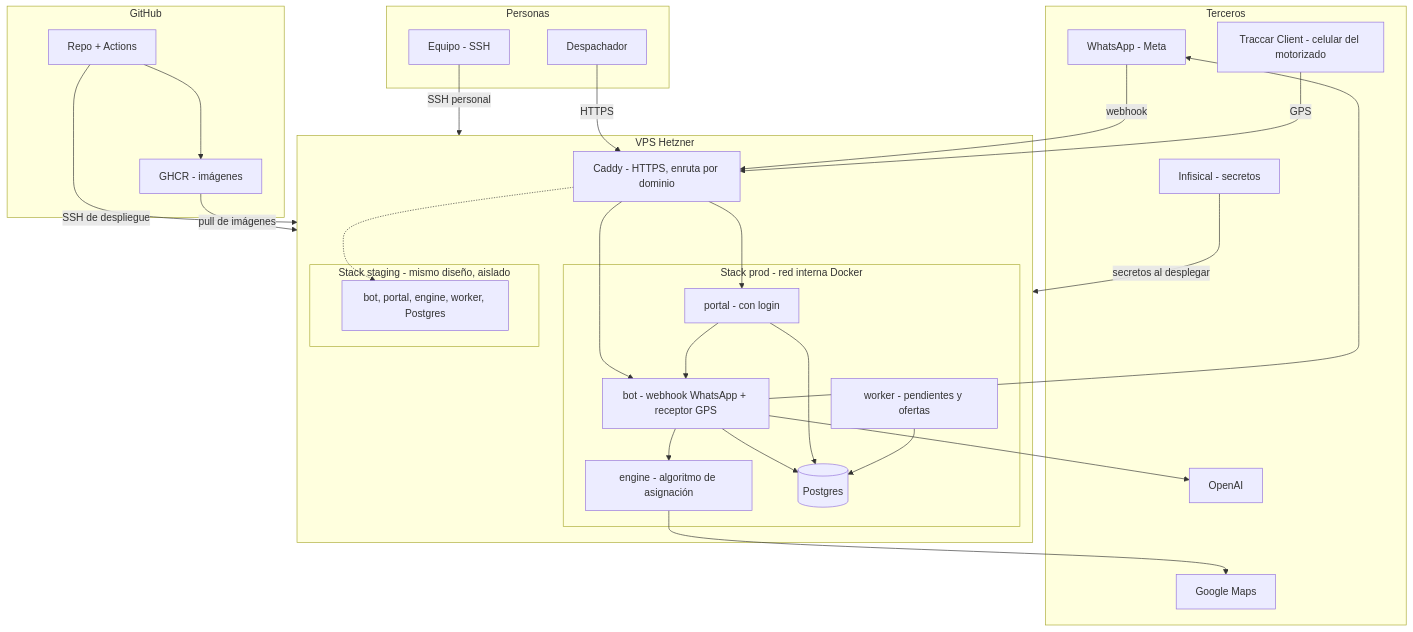
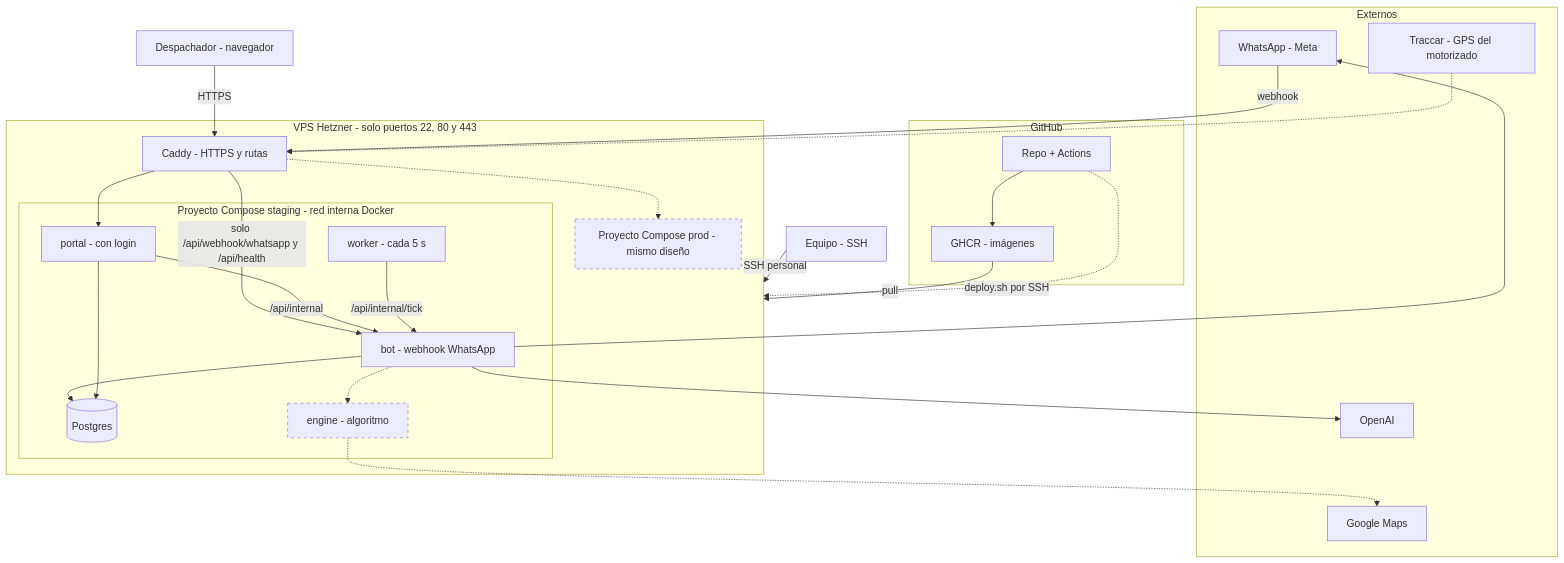
Before and after one commit to clapi-labs/clapi-dispatch: the first of 2 diagrams in docs/INFRAESTRUCTURA.md, drawn with Mermaid. The commit also changed other lines of this file and 3 other files, not shown here.

Commit message:
Documentación: infraestructura actualizada, guía de operación y diseño del algoritmo de asignación

````diff
--- a/docs/INFRAESTRUCTURA.md
+++ b/docs/INFRAESTRUCTURA.md
@@ -7,58 +22,54 @@
 ```mermaid
 flowchart TB
-    subgraph Terceros
+    subgraph Externos
         WA[WhatsApp - Meta]
         OAI[OpenAI]
         GM[Google Maps]
-        TR[Traccar Client - celular del motorizado]
-        INF[Infisical - secretos]
+        TR[Traccar - GPS del motorizado]
     end
 
-    subgraph Personas
-        DESP[Despachador]
-        DEV[Equipo - SSH]
-    end
+    DESP[Despachador - navegador]
+    DEV[Equipo - SSH]
 
     subgraph GH[GitHub]
         REPO[Repo + Actions]
         GHCR[GHCR - imágenes]
     end
 
-    subgraph VPS[VPS Hetzner]
-        CADDY[Caddy - HTTPS, enruta por dominio]
+    subgraph VPS[VPS Hetzner - solo puertos 22, 80 y 443]
+        CADDY[Caddy - HTTPS y rutas]
 
-        subgraph PROD[Stack prod - red interna Docker]
-            BOT[bot - webhook WhatsApp + receptor GPS]
+        subgraph STG[Proyecto Compose staging - red interna Docker]
+            BOT[bot - webhook WhatsApp]
             PORTAL[portal - con login]
-            ENGINE[engine - algoritmo de asignación]
-            WORKER[worker - pendientes y ofertas]
+            WORKER[worker - cada 5 s]
             PG[(Postgres)]
+            ENGINE[engine - algoritmo]:::pendiente
         end
 
-        subgraph STG[Stack staging - mismo diseño, aislado]
-            STGAPP[bot, portal, engine, worker, Postgres]
-        end
+        PROD[Proyecto Compose prod - mismo diseño]:::pendiente
     end
 
     WA -- webhook --> CADDY
-    TR -- GPS --> CADDY
+    TR -.-> CADDY
     DESP -- HTTPS --> CADDY
-    CADDY --> BOT
+    CADDY -- "solo /api/webhook/whatsapp y /api/health" --> BOT
     CADDY --> PORTAL
-    CADDY -.-> STGAPP
+    CADDY -.-> PROD
 
     BOT --> WA
     BOT --> OAI
-    BOT --> ENGINE
-    ENGINE --> GM
     BOT --> PG
     PORTAL --> PG
-    WORKER --> PG
-    PORTAL --> BOT
+    PORTAL -- "/api/internal" --> BOT
+    WORKER -- "/api/internal/tick" --> BOT
+    BOT -.-> ENGINE
+    ENGINE -.-> GM
 
     REPO --> GHCR
-    REPO -- SSH de despliegue --> VPS
-    GHCR -- pull de imágenes --> VPS
-    INF -- secretos al desplegar --> VPS
-    DEV -- SSH personal --> VPS
+    GHCR -- pull --> VPS
+    REPO -. "deploy.sh por SSH" .-> VPS
+    DEV -- "SSH personal" --> VPS
+
+    classDef pendiente stroke-dasharray: 5 5
 ```
````
